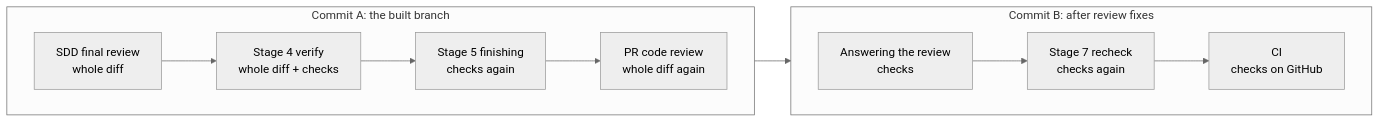
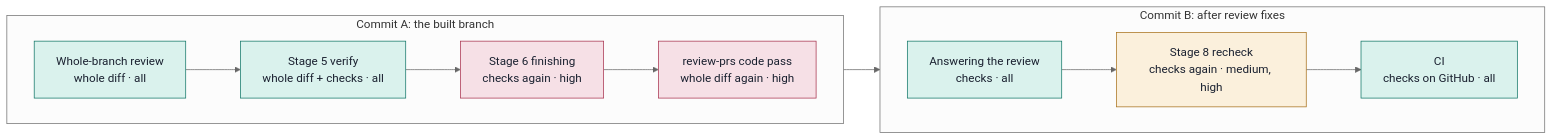
Before and after one commit to ismail9k/skills: the sixth of 6 diagrams in docs/implement-issues-flow.md, drawn with Mermaid (neutral theme). The commit also changed other lines of this file, not shown here.

````diff
--- a/docs/implement-issues-flow.md
+++ b/docs/implement-issues-flow.md
@@ -281,12 +438,19 @@
 ```mermaid
 flowchart LR
     subgraph A["Commit A: the built branch"]
         direction LR
-        F1["SDD final review<br/>whole diff"] --> V4["Stage 4 verify<br/>whole diff + checks"] --> S5["Stage 5 finishing<br/>checks again"] --> PR["PR code review<br/>whole diff again"]
+        F1["Whole-branch review<br/>whole diff · all"] --> V5["Stage 5 verify<br/>whole diff + checks · all"] --> S6["Stage 6 finishing<br/>checks again · high"] --> PR["review-prs code pass<br/>whole diff again · high"]
     end
     subgraph B["Commit B: after review fixes"]
         direction LR
-        AR["Answering the review<br/>checks"] --> S7["Stage 7 recheck<br/>checks again"] --> CI["CI<br/>checks on GitHub"]
+        AR["Answering the review<br/>checks · all"] --> S8["Stage 8 recheck<br/>checks again · medium, high"] --> CI["CI<br/>checks on GitHub · all"]
     end
     PR --> AR
+
+    classDef all fill:#daf2ed,stroke:#0e7566,color:#1a2130
+    classDef some fill:#fbf0dc,stroke:#a8701a,color:#1a2130
+    classDef high fill:#f6e0e6,stroke:#a8324e,color:#1a2130
+    class F1,V5,AR,CI all
+    class S8 some
+    class S6,PR high
 ```
````
